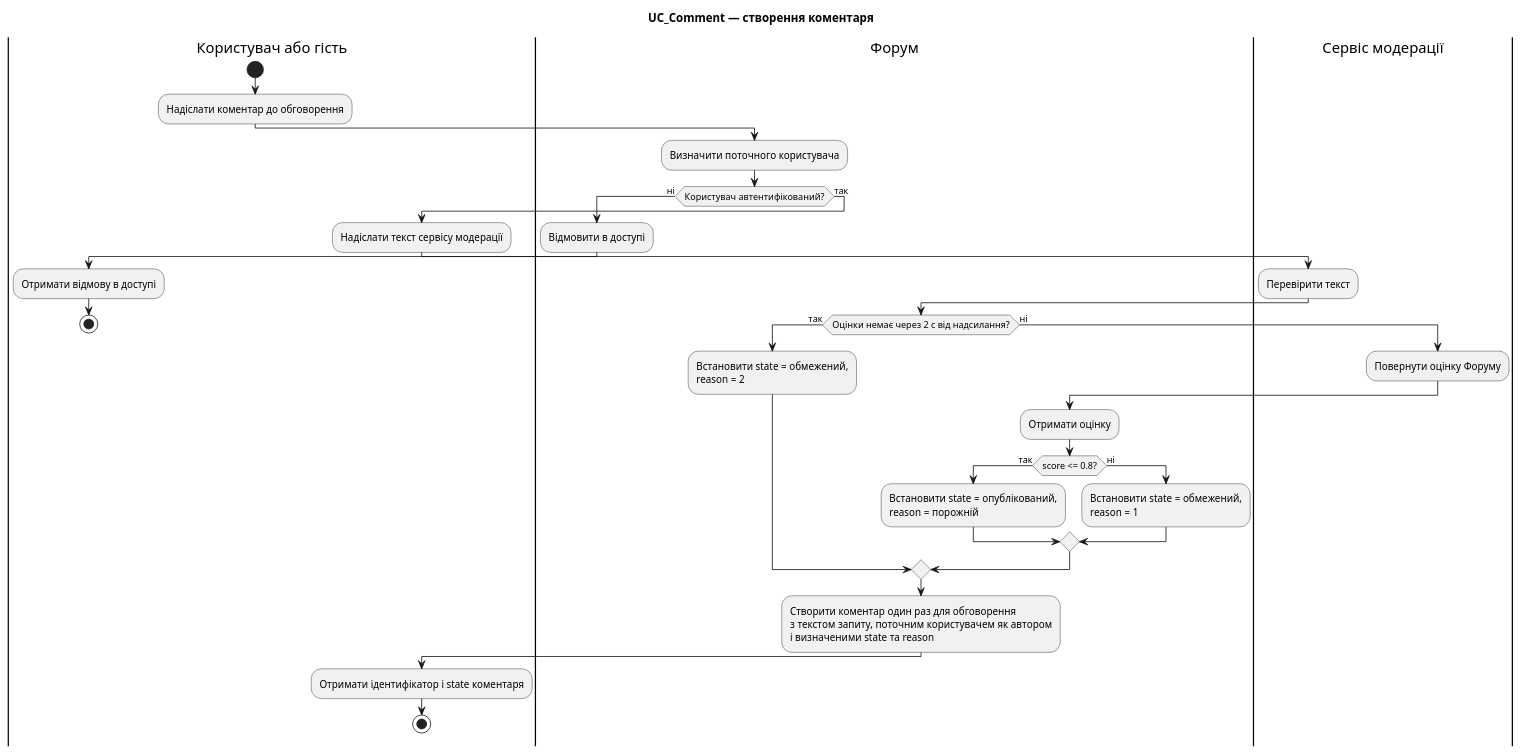
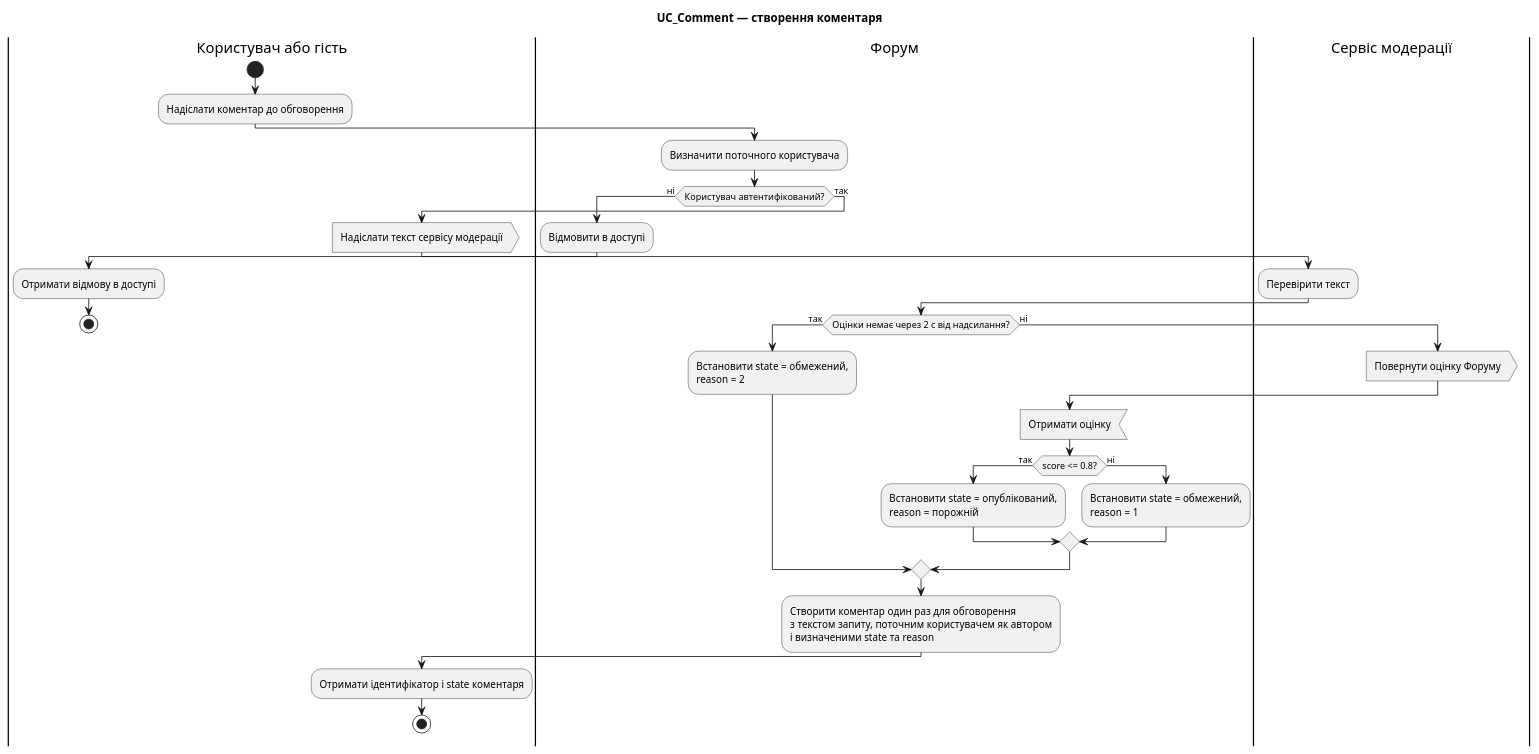
Before and after one commit to tevarindol/forum: the diagram in lab4/activity.puml, drawn with PlantUML.

Commit message:
fix(lab4): model moderation messages as send and accept events

```diff
--- a/lab4/activity.puml
+++ b/lab4/activity.puml
@@ -1,44 +1,44 @@
 @startuml
 title UC_Comment — створення коментаря
 
 |Користувач або гість|
 start
 :Надіслати коментар до обговорення;
 
 |Форум|
 :Визначити поточного користувача;
 if (Користувач автентифікований?) then (ні)
   :Відмовити в доступі;
   |Користувач або гість|
   :Отримати відмову в доступі;
   stop
 else (так)
-  :Надіслати текст сервісу модерації;
+  :Надіслати текст сервісу модерації>
   |Сервіс модерації|
   :Перевірити текст;
   |Форум|
   if (Оцінки немає через 2 с від надсилання?) then (так)
     :Встановити state = обмежений,
 reason = 2;
   else (ні)
     |Сервіс модерації|
-    :Повернути оцінку Форуму;
+    :Повернути оцінку Форуму>
     |Форум|
-    :Отримати оцінку;
+    :Отримати оцінку<
     if (score <= 0.8?) then (так)
       :Встановити state = опублікований,
 reason = порожній;
     else (ні)
       :Встановити state = обмежений,
 reason = 1;
     endif
   endif
 
   :Створити коментар один раз для обговорення
 з текстом запиту, поточним користувачем як автором
 і визначеними state та reason;
   |Користувач або гість|
   :Отримати ідентифікатор і state коментаря;
   stop
 endif
 @enduml
```
